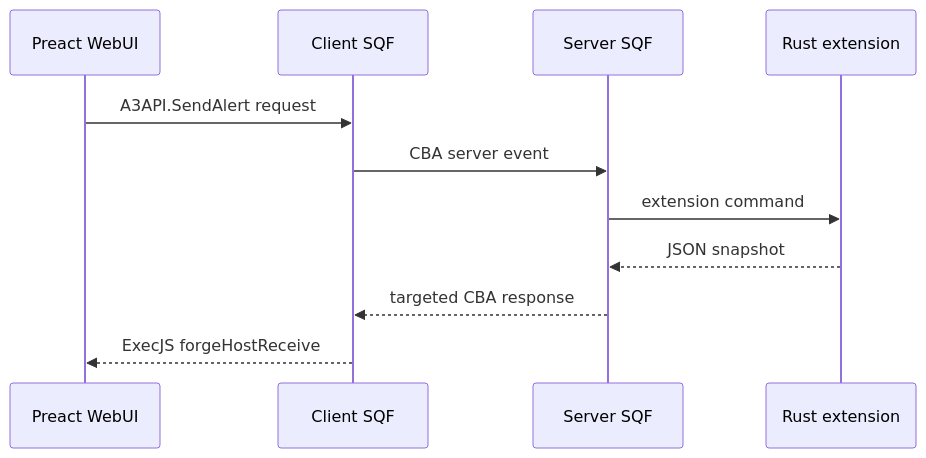
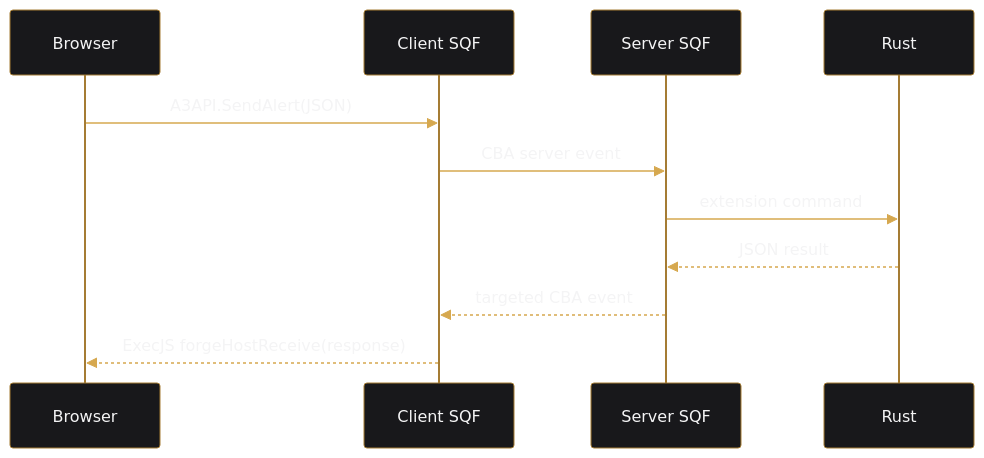
Before and after one commit to jschmidt92/crate: the seventh of 7 diagrams in docs/architecture.md, drawn with Mermaid. The commit also changed other lines of this file and 21 other files, not shown here.

````diff
--- a/docs/architecture.md
+++ b/docs/architecture.md
@@ -45,14 +215,15 @@
 ```mermaid
+%%{init: {"theme":"base","themeVariables":{"background":"transparent","actorBkg":"#18181b","actorBorder":"#a57c34","actorTextColor":"#f4f4f5","signalColor":"#d6a84f","signalTextColor":"#f4f4f5","labelBoxBkgColor":"#18181b","labelBoxBorderColor":"#a57c34","labelTextColor":"#f4f4f5"}}}%%
 sequenceDiagram
-    participant UI as Preact WebUI
+    participant UI as Browser
     participant Client as Client SQF
     participant Server as Server SQF
-    participant Rust as Rust extension
+    participant Rust
 
-    UI->>Client: A3API.SendAlert request
+    UI->>Client: A3API.SendAlert(JSON)
     Client->>Server: CBA server event
     Server->>Rust: extension command
-    Rust-->>Server: JSON snapshot
-    Server-->>Client: targeted CBA response
-    Client-->>UI: ExecJS forgeHostReceive
+    Rust-->>Server: JSON result
+    Server-->>Client: targeted CBA event
+    Client-->>UI: ExecJS forgeHostReceive(response)
 ```
````
